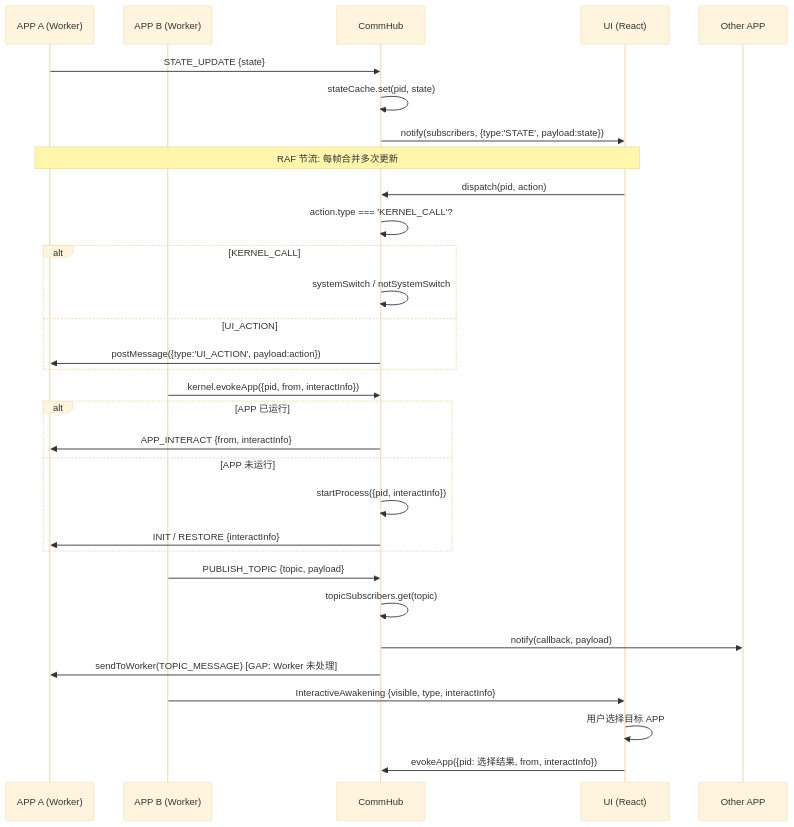
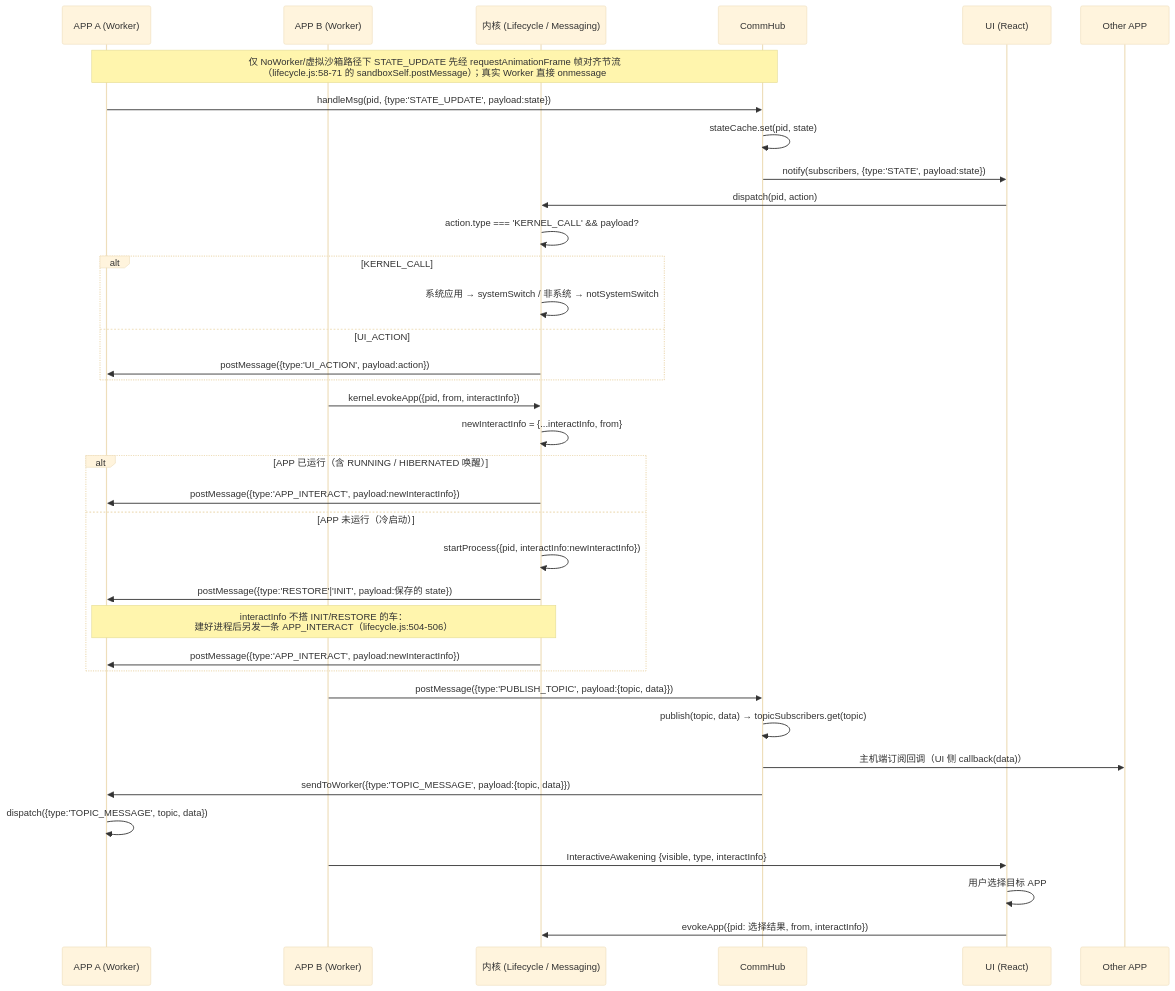
One commit to suluwanqing/sukinOS changed the diagram in docs/mermaid/20-app-communication-flow.mmd. Above: the diagram before and after it, drawn with Mermaid (base theme). The commit also changed 70 other files, not shown here.

```diff
--- a/docs/mermaid/20-app-communication-flow.mmd
+++ b/docs/mermaid/20-app-communication-flow.mmd
@@ -1,41 +1,46 @@
 sequenceDiagram
     participant AppA as APP A (Worker)
     participant AppB as APP B (Worker)
+    participant Kernel as 内核 (Lifecycle / Messaging)
     participant CommHub as CommHub
     participant KernelUI as UI (React)
     participant OtherApp as Other APP
 
     %% STATE_UPDATE: Worker -> UI
-    AppA->>CommHub: STATE_UPDATE {state}
+    Note over AppA,CommHub: 仅 NoWorker/虚拟沙箱路径下 STATE_UPDATE 先经 requestAnimationFrame 帧对齐节流<br/>（lifecycle.js:58-71 的 sandboxSelf.postMessage）；真实 Worker 直接 onmessage
+    AppA->>CommHub: handleMsg(pid, {type:'STATE_UPDATE', payload:state})
     CommHub->>CommHub: stateCache.set(pid, state)
     CommHub->>KernelUI: notify(subscribers, {type:'STATE', payload:state})
-    Note over AppA,KernelUI: RAF 节流: 每帧合并多次更新
 
     %% UI_ACTION: UI -> Worker
-    KernelUI->>CommHub: dispatch(pid, action)
-    CommHub->>CommHub: action.type === 'KERNEL_CALL'?
+    KernelUI->>Kernel: dispatch(pid, action)
+    Kernel->>Kernel: action.type === 'KERNEL_CALL' && payload?
     alt KERNEL_CALL
-        CommHub->>CommHub: systemSwitch / notSystemSwitch
+        Kernel->>Kernel: 系统应用 → systemSwitch / 非系统 → notSystemSwitch
     else UI_ACTION
-        CommHub->>AppA: postMessage({type:'UI_ACTION', payload:action})
+        Kernel->>AppA: postMessage({type:'UI_ACTION', payload:action})
     end
 
     %% evokeApp: 跨应用唤起
-    AppB->>CommHub: kernel.evokeApp({pid, from, interactInfo})
-    alt APP 已运行
-        CommHub->>AppA: APP_INTERACT {from, interactInfo}
-    else APP 未运行
-        CommHub->>CommHub: startProcess({pid, interactInfo})
-        CommHub->>AppA: INIT / RESTORE {interactInfo}
+    AppB->>Kernel: kernel.evokeApp({pid, from, interactInfo})
+    Kernel->>Kernel: newInteractInfo = {...interactInfo, from}
+    alt APP 已运行（含 RUNNING / HIBERNATED 唤醒）
+        Kernel->>AppA: postMessage({type:'APP_INTERACT', payload:newInteractInfo})
+    else APP 未运行（冷启动）
+        Kernel->>Kernel: startProcess({pid, interactInfo:newInteractInfo})
+        Kernel->>AppA: postMessage({type:'RESTORE'|'INIT', payload:保存的 state})
+        Note over Kernel,AppA: interactInfo 不搭 INIT/RESTORE 的车：<br/>建好进程后另发一条 APP_INTERACT（lifecycle.js:504-506）
+        Kernel->>AppA: postMessage({type:'APP_INTERACT', payload:newInteractInfo})
     end
 
     %% Pub/Sub 主题消息
-    AppB->>CommHub: PUBLISH_TOPIC {topic, payload}
-    CommHub->>CommHub: topicSubscribers.get(topic)
-    CommHub->>OtherApp: notify(callback, payload)
-    CommHub->>AppA: sendToWorker(TOPIC_MESSAGE) [GAP: Worker 未处理]
+    AppB->>CommHub: postMessage({type:'PUBLISH_TOPIC', payload:{topic, data}})
+    CommHub->>CommHub: publish(topic, data) → topicSubscribers.get(topic)
+    CommHub->>OtherApp: 主机端订阅回调（UI 侧 callback(data)）
+    CommHub->>AppA: sendToWorker({type:'TOPIC_MESSAGE', payload:{topic, data}})
+    AppA->>AppA: dispatch({type:'TOPIC_MESSAGE', topic, data})
 
     %% InteractiveAwakening 中间件
     AppB->>KernelUI: InteractiveAwakening {visible, type, interactInfo}
     KernelUI->>KernelUI: 用户选择目标 APP
-    KernelUI->>CommHub: evokeApp({pid: 选择结果, from, interactInfo})
+    KernelUI->>Kernel: evokeApp({pid: 选择结果, from, interactInfo})
```
